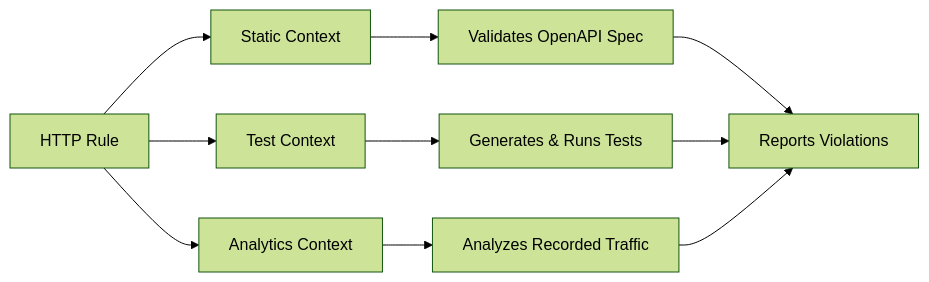
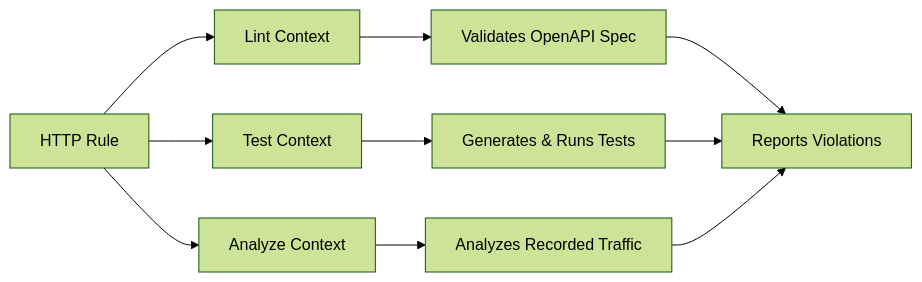
The diagram in astro-docs/src/content/docs/guides/HTTP rules/use-linting-to-validate-your-apis.md (thymianofficial/thymian), drawn with Mermaid (forest theme) before and after one commit. The commit also changed other lines of this file and 17 other files, not shown here.

````diff
--- a/astro-docs/src/content/docs/guides/HTTP rules/use-linting-to-validate-your-apis.md
+++ b/astro-docs/src/content/docs/guides/HTTP rules/use-linting-to-validate-your-apis.md
@@ -85,14 +85,14 @@
 ```mermaid
 graph LR
-    A[HTTP Rule] --> B[Static Context]
+    A[HTTP Rule] --> B[Lint Context]
     A --> C[Test Context]
-    A --> D[Analytics Context]
+    A --> D[Analyze Context]
 
     B --> E[Validates OpenAPI Spec]
     C --> F[Generates & Runs Tests]
     D --> G[Analyzes Recorded Traffic]
 
     E --> H[Reports Violations]
     F --> H
     G --> H
 ```
````
